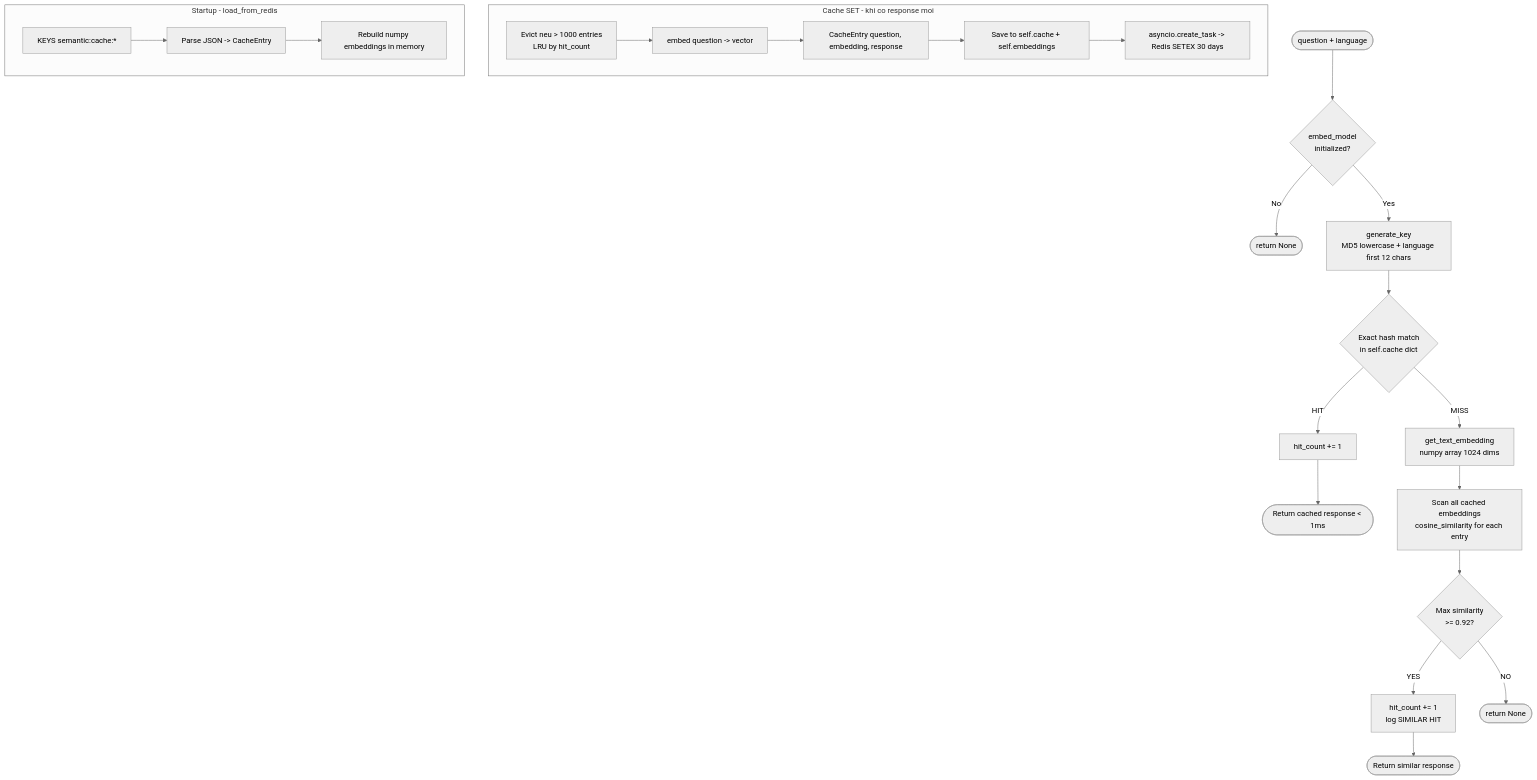
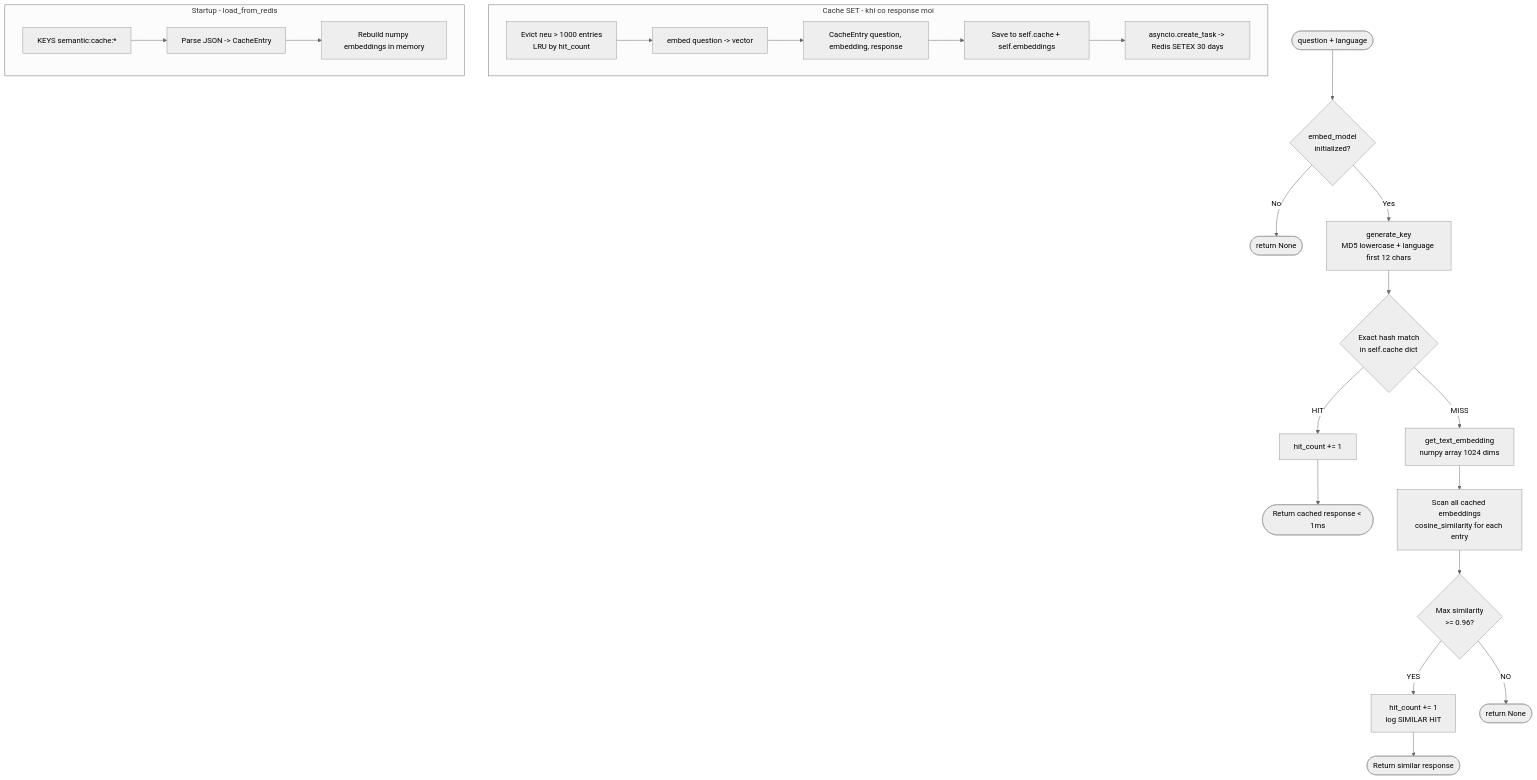
The fifth of 15 diagrams in docs/ai-engine/chatbot-diagrams.md (truongvinhkhuong/tdh-tte), drawn with Mermaid (neutral theme) before and after one commit. The commit also changed other lines of this file and 23 other files, not shown here.

````diff
--- a/docs/ai-engine/chatbot-diagrams.md
+++ b/docs/ai-engine/chatbot-diagrams.md
@@ -253,49 +253,49 @@
 ```mermaid
 flowchart TD
     Q([question + language]) --> EMB_CHECK
 
     EMB_CHECK{embed_model\ninitialized?}
     EMB_CHECK -- "No" --> SKIP([return None])
     EMB_CHECK -- "Yes" --> HASH
 
     HASH[generate_key\nMD5 lowercase + language first 12 chars]
 
     HASH --> EXACT
 
     EXACT{Exact hash match\nin self.cache dict}
     EXACT -- "HIT" --> INC1[hit_count += 1]
     INC1 --> RET_R([Return cached response < 1ms])
 
     EXACT -- "MISS" --> EMB
 
     EMB[get_text_embedding\nnumpy array 1024 dims]
 
     EMB --> SCAN
 
     SCAN[Scan all cached embeddings\ncosine_similarity for each entry]
 
-    SCAN --> SIM{Max similarity\n>= 0.92?}
+    SCAN --> SIM{Max similarity\n>= 0.96?}
 
     SIM -- "YES" --> INC2[hit_count += 1\nlog SIMILAR HIT]
     INC2 --> RET_S([Return similar response])
 
     SIM -- "NO" --> NONE([return None])
 
     subgraph SET["Cache SET - khi co response moi"]
         direction LR
         S1[Evict neu > 1000 entries\nLRU by hit_count]
         S2[embed question -> vector]
         S3[CacheEntry question, embedding, response]
         S4[Save to self.cache + self.embeddings]
         S5[asyncio.create_task -> Redis SETEX 30 days]
         S1 --> S2 --> S3 --> S4 --> S5
     end
 
     subgraph STARTUP["Startup - load_from_redis"]
         direction LR
         R1[KEYS semantic:cache:*]
         R2[Parse JSON -> CacheEntry]
         R3[Rebuild numpy embeddings in memory]
         R1 --> R2 --> R3
     end
 ```
````
